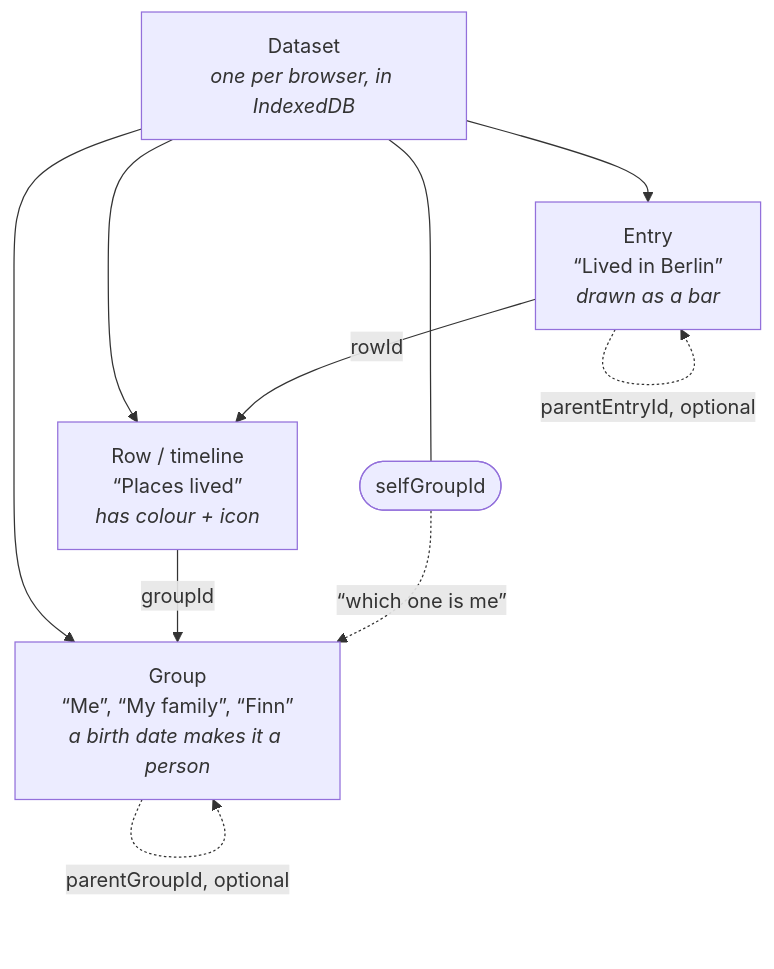
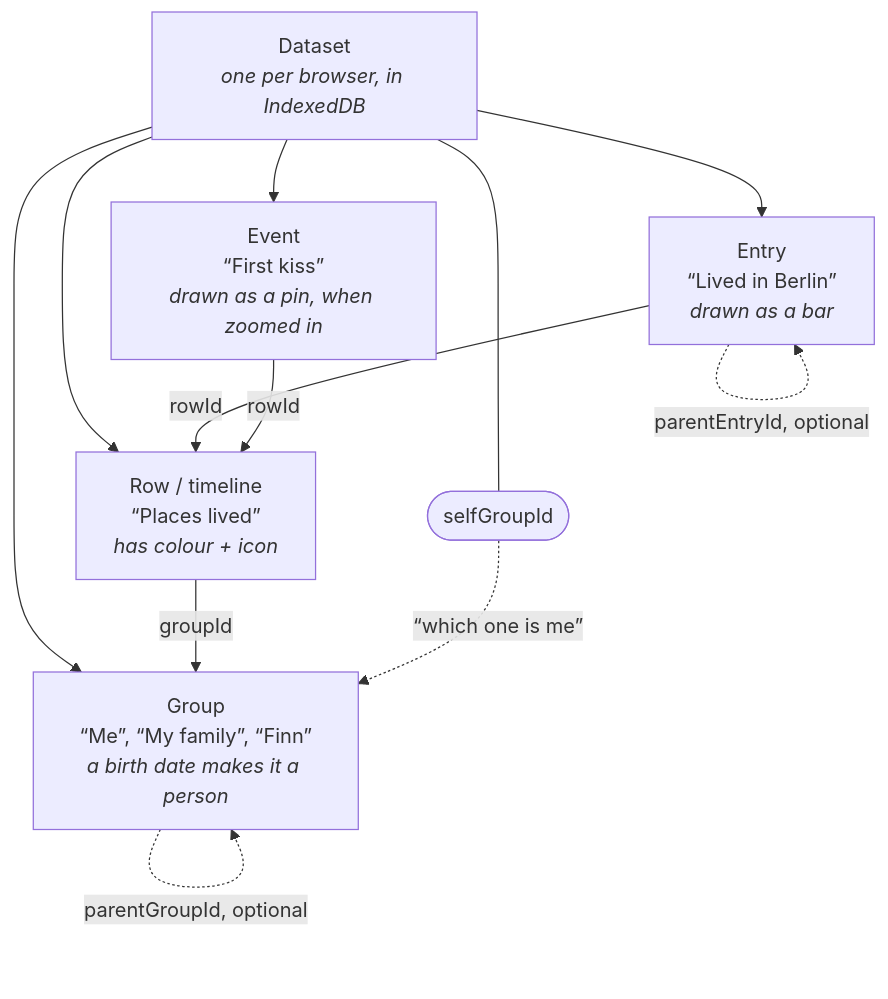
The first of 2 diagrams in docs/GLOSSARY.md (JannikArndt/Chronicle), drawn with Mermaid before and after one commit. The commit also changed other lines of this file and 19 other files, not shown here.

````diff
--- a/docs/GLOSSARY.md
+++ b/docs/GLOSSARY.md
@@ -10,15 +10,17 @@
 ```mermaid
 graph TD
     D[Dataset<br/><i>one per browser, in IndexedDB</i>]
     D --> G[Group<br/>“Me”, “My family”, “Finn”<br/><i>a birth date makes it a person</i>]
     D --> R[Row / timeline<br/>“Places lived”<br/><i>has colour + icon</i>]
     D --> E[Entry<br/>“Lived in Berlin”<br/><i>drawn as a bar</i>]
+    D --> V[Event<br/>“First kiss”<br/><i>drawn as a pin, when zoomed in</i>]
 
     E -->|rowId| R
+    V -->|rowId| R
     R -->|groupId| G
     G -.->|parentGroupId, optional| G
     E -.->|parentEntryId, optional| E
 
     S([selfGroupId]) -.->|“which one is me”| G
     D --- S
 ```
````
